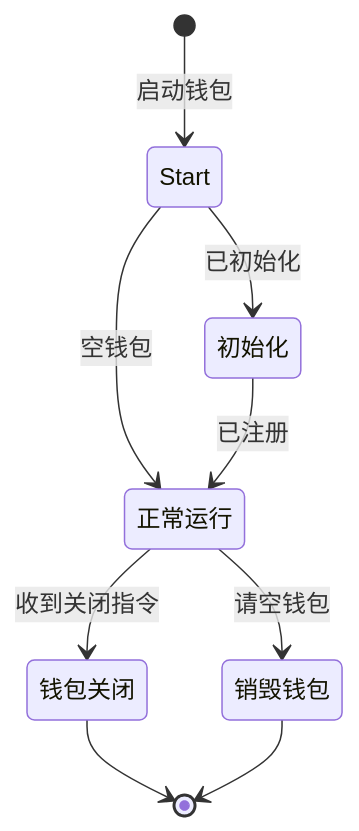
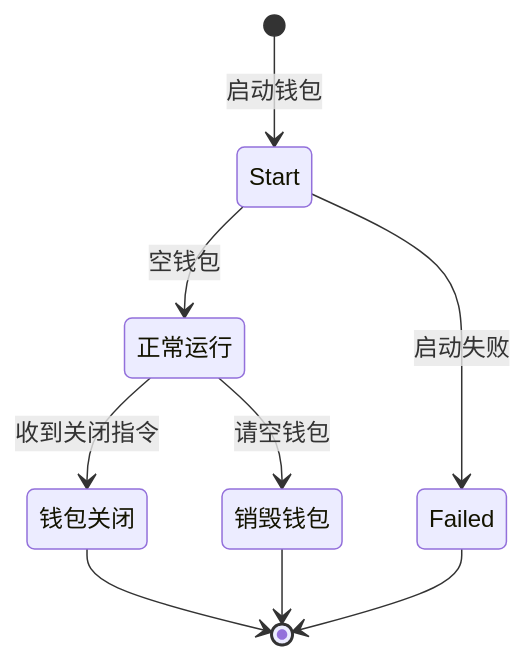
One commit to Curdata-project/Curdata changed the first of 3 diagrams in rfcs/RFC0008 钱包服务框架.md. Above: the diagram before and after it, drawn with Mermaid.

Commit message:
add error

````diff
--- a/rfcs/RFC0008 钱包服务框架.md
+++ b/rfcs/RFC0008 钱包服务框架.md
@@ -49,18 +49,16 @@
 ```mermaid
 stateDiagram
 	Ready: 正常运行
 	Close: 钱包关闭
 	Destory: 销毁钱包
-	StoreInitaled: 初始化
 	
 	[*] --> Start: 启动钱包
 	Start --> Ready: 空钱包
+	Start --> Failed: 启动失败
 	Ready --> Close: 收到关闭指令
 	Ready --> Destory: 请空钱包
 	Close --> [*]
 	Destory --> [*]
+	Failed --> [*]
 	
-	Start --> StoreInitaled: 已初始化
-	
-	StoreInitaled --> Ready: 已注册
 ```
````
